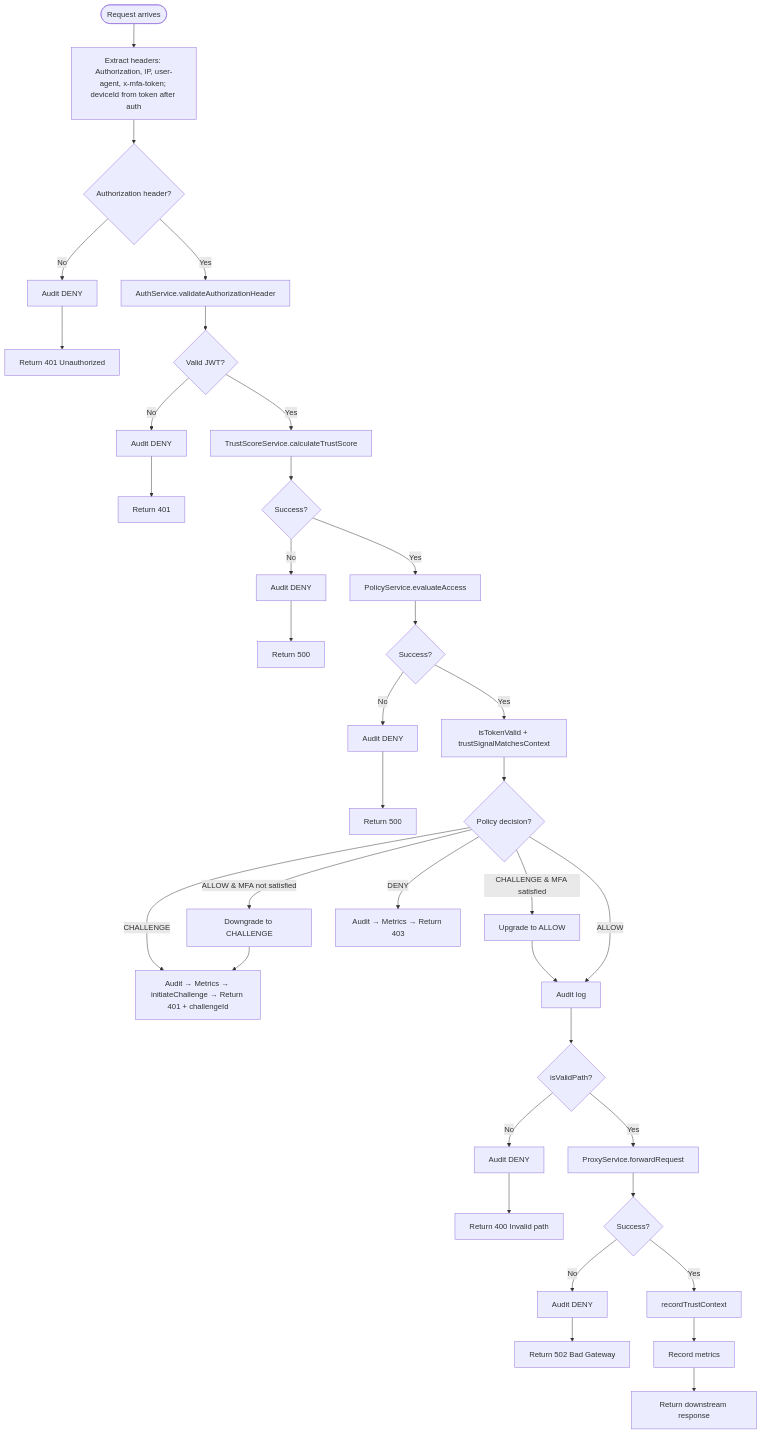
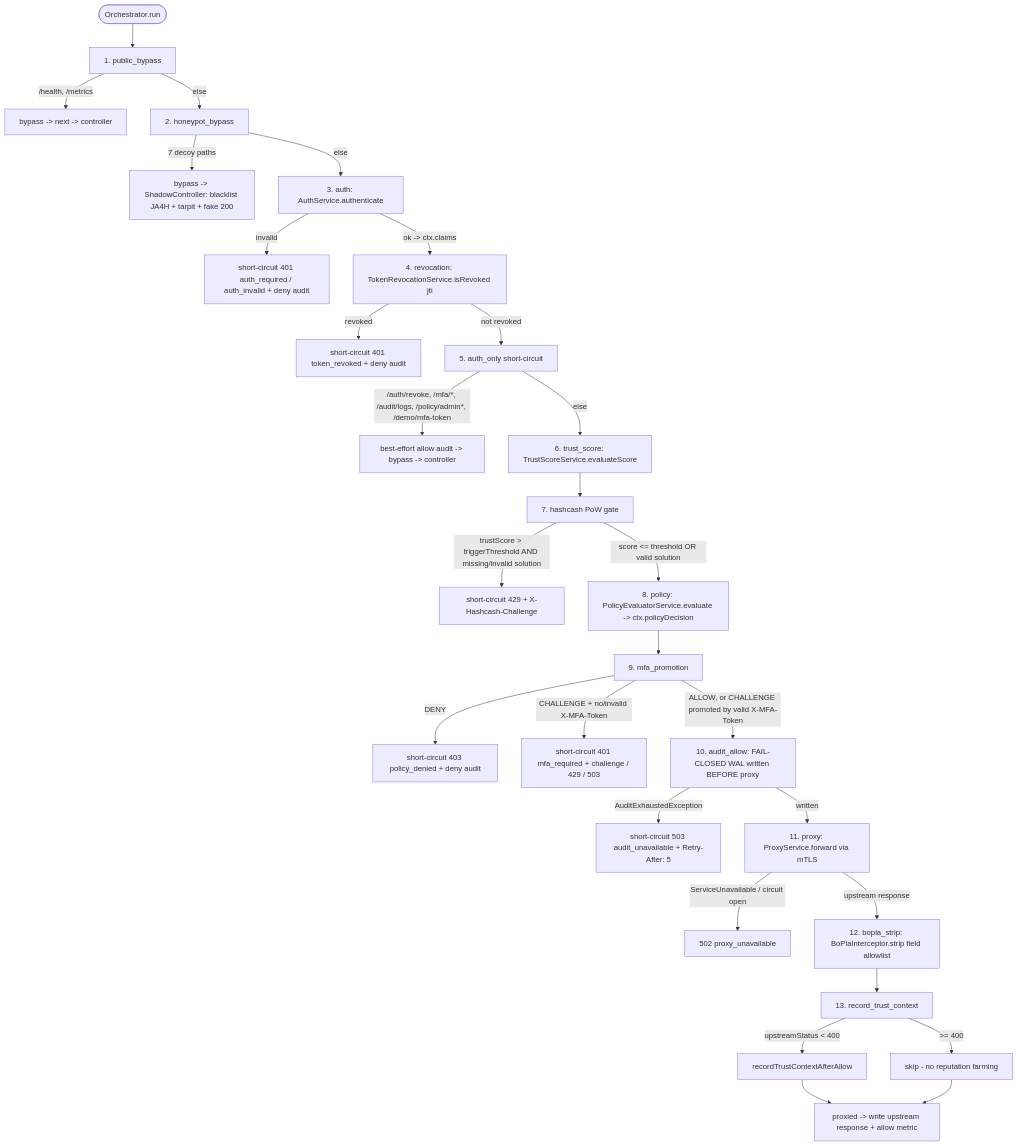
One commit to spasoye-json/zt-access-gateway changed the second of 9 diagrams in docs/DIAGRAMS.md. Above: the diagram before and after it, drawn with Mermaid. The commit also changed other lines of this file and 4 other files, not shown here.

First line of the commit message:
docs: thesis pipeline walkthrough + sync architecture docs to current implementation (#49)

````diff
--- a/docs/DIAGRAMS.md
+++ b/docs/DIAGRAMS.md
@@ -89,40 +100,56 @@
 ```mermaid
 flowchart TD
-  Start([Request arrives]) --> Headers[Extract headers: Authorization, IP, user-agent, x-mfa-token; deviceId from token after auth]
-  Headers --> NoAuth{Authorization header?}
-  NoAuth -->|No| AuditDeny1[Audit DENY]
-  AuditDeny1 --> Ret401a[Return 401 Unauthorized]
-  NoAuth -->|Yes| Auth[AuthService.validateAuthorizationHeader]
-  Auth --> AuthFail{Valid JWT?}
-  AuthFail -->|No| AuditDeny2[Audit DENY]
-  AuditDeny2 --> Ret401b[Return 401]
-  AuthFail -->|Yes| Trust[TrustScoreService.calculateTrustScore]
-  Trust --> TrustFail{Success?}
-  TrustFail -->|No| AuditDeny3[Audit DENY]
-  AuditDeny3 --> Ret500a[Return 500]
-  TrustFail -->|Yes| Policy[PolicyService.evaluateAccess]
-  Policy --> PolicyFail{Success?}
-  PolicyFail -->|No| AuditDeny4[Audit DENY]
-  AuditDeny4 --> Ret500b[Return 500]
-  PolicyFail -->|Yes| MfaCheck[isTokenValid + trustSignalMatchesContext]
-  MfaCheck --> Decision{Policy decision?}
+  Start([Orchestrator.run]) --> S1
 
-  Decision -->|CHALLENGE & MFA satisfied| Upgrade[Upgrade to ALLOW]
-  Decision -->|ALLOW & MFA not satisfied| Downgrade[Downgrade to CHALLENGE]
-  Decision -->|DENY| DenyPath[Audit → Metrics → Return 403]
-  Decision -->|CHALLENGE| ChallengePath[Audit → Metrics → initiateChallenge → Return 401 + challengeId]
-  Upgrade --> AuditAllow
-  Downgrade --> ChallengePath
+  S1[1. public_bypass]
+  S1 -->|/health, /metrics| BypassA[bypass -> next -> controller]
+  S1 -->|else| S2
 
-  Decision -->|ALLOW| AuditAllow[Audit log]
-  AuditAllow --> ValidPath{isValidPath?}
-  ValidPath -->|No| AuditDeny5[Audit DENY]
-  AuditDeny5 --> Ret400[Return 400 Invalid path]
-  ValidPath -->|Yes| Forward[ProxyService.forwardRequest]
-  Forward --> ProxyFail{Success?}
-  ProxyFail -->|No| AuditDeny6[Audit DENY]
-  AuditDeny6 --> Ret502[Return 502 Bad Gateway]
-  ProxyFail -->|Yes| RecordTrust[recordTrustContext]
-  RecordTrust --> Metrics[Record metrics]
-  Metrics --> Ret200[Return downstream response]
+  S2[2. honeypot_bypass]
+  S2 -->|7 decoy paths| BypassB[bypass -> ShadowController: blacklist JA4H + tarpit + fake 200]
+  S2 -->|else| S3
+
+  S3[3. auth: AuthService.authenticate]
+  S3 -->|invalid| D401a[short-circuit 401 auth_required / auth_invalid + deny audit]
+  S3 -->|ok -> ctx.claims| S4
+
+  S4[4. revocation: TokenRevocationService.isRevoked jti]
+  S4 -->|revoked| D401b[short-circuit 401 token_revoked + deny audit]
+  S4 -->|not revoked| S5
+
+  S5[5. auth_only short-circuit]
+  S5 -->|/auth/revoke, /mfa/*, /audit/logs, /policy/admin*, /demo/mfa-token| BypassC[best-effort allow audit -> bypass -> controller]
+  S5 -->|else| S6
+
+  S6[6. trust_score: TrustScoreService.evaluateScore]
+  S6 --> S7
+
+  S7[7. hashcash PoW gate]
+  S7 -->|trustScore > triggerThreshold AND missing/invalid solution| D429[short-circuit 429 + X-Hashcash-Challenge]
+  S7 -->|score <= threshold OR valid solution| S8
+
+  S8[8. policy: PolicyEvaluatorService.evaluate -> ctx.policyDecision]
+  S8 --> S9
+
+  S9[9. mfa_promotion]
+  S9 -->|DENY| D403[short-circuit 403 policy_denied + deny audit]
+  S9 -->|CHALLENGE + no/invalid X-MFA-Token| D401c[short-circuit 401 mfa_required + challenge / 429 / 503]
+  S9 -->|ALLOW, or CHALLENGE promoted by valid X-MFA-Token| S10
+
+  S10[10. audit_allow: FAIL-CLOSED WAL written BEFORE proxy]
+  S10 -->|AuditExhaustedException| D503[short-circuit 503 audit_unavailable + Retry-After: 5]
+  S10 -->|written| S11
+
+  S11[11. proxy: ProxyService.forward via mTLS]
+  S11 -->|ServiceUnavailable / circuit open| D502[502 proxy_unavailable]
+  S11 -->|upstream response| S12
+
+  S12[12. bopla_strip: BoPlaInterceptor.strip field allowlist]
+  S12 --> S13
+
+  S13[13. record_trust_context]
+  S13 -->|upstreamStatus < 400| Rec[recordTrustContextAfterAllow]
+  S13 -->|>= 400| NoRec[skip - no reputation farming]
+  Rec --> Done[proxied -> write upstream response + allow metric]
+  NoRec --> Done
 ```
````
